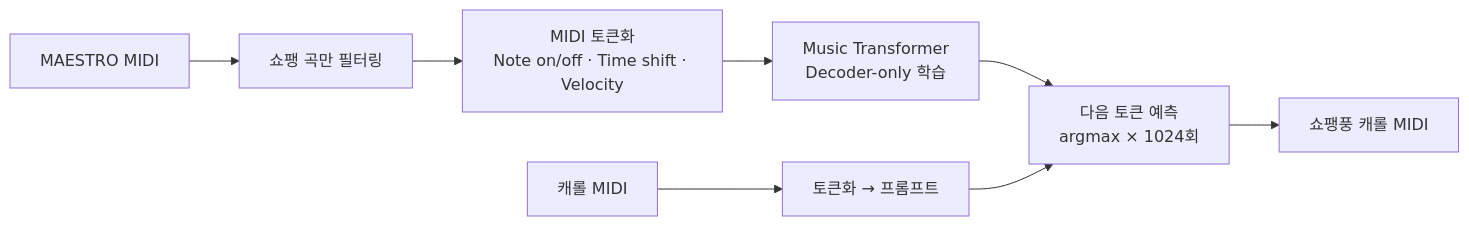
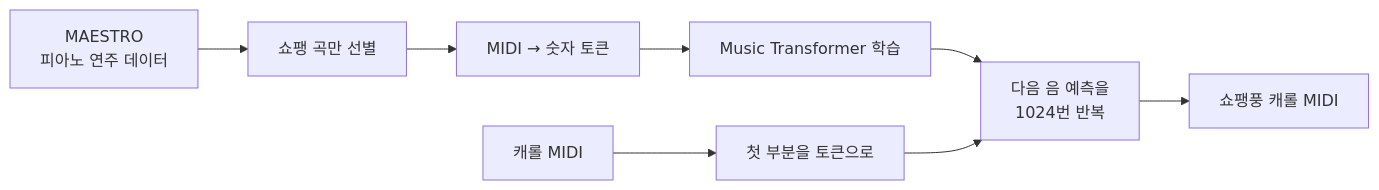
One commit to mjk022/portfolio changed the diagram in MusicTransformer/README.md. Above: the diagram before and after it, drawn with Mermaid. The commit also changed other lines of this file and 8 other files, not shown here.

````diff
--- a/MusicTransformer/README.md
+++ b/MusicTransformer/README.md
@@ -14,10 +45,10 @@
 ```mermaid
 flowchart LR
-    A[MAESTRO MIDI] --> B[쇼팽 곡만 필터링]
-    B --> C[MIDI 토큰화<br/>Note on/off · Time shift · Velocity]
-    C --> D[Music Transformer<br/>Decoder-only 학습]
-    E[캐롤 MIDI] --> F[토큰화 → 프롬프트]
-    D --> G[다음 토큰 예측<br/>argmax × 1024회]
+    A[MAESTRO<br/>피아노 연주 데이터] --> B[쇼팽 곡만 선별]
+    B --> C[MIDI → 숫자 토큰]
+    C --> D[Music Transformer 학습]
+    E[캐롤 MIDI] --> F[첫 부분을 토큰으로]
+    D --> G[다음 음 예측을<br/>1024번 반복]
     F --> G
     G --> H[쇼팽풍 캐롤 MIDI]
 ```
````
